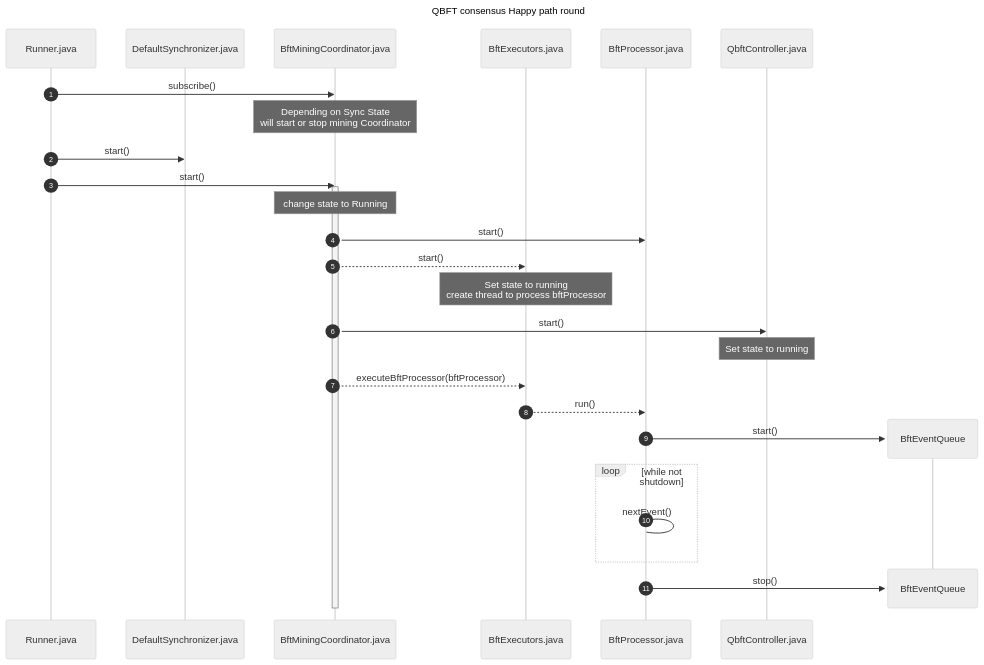
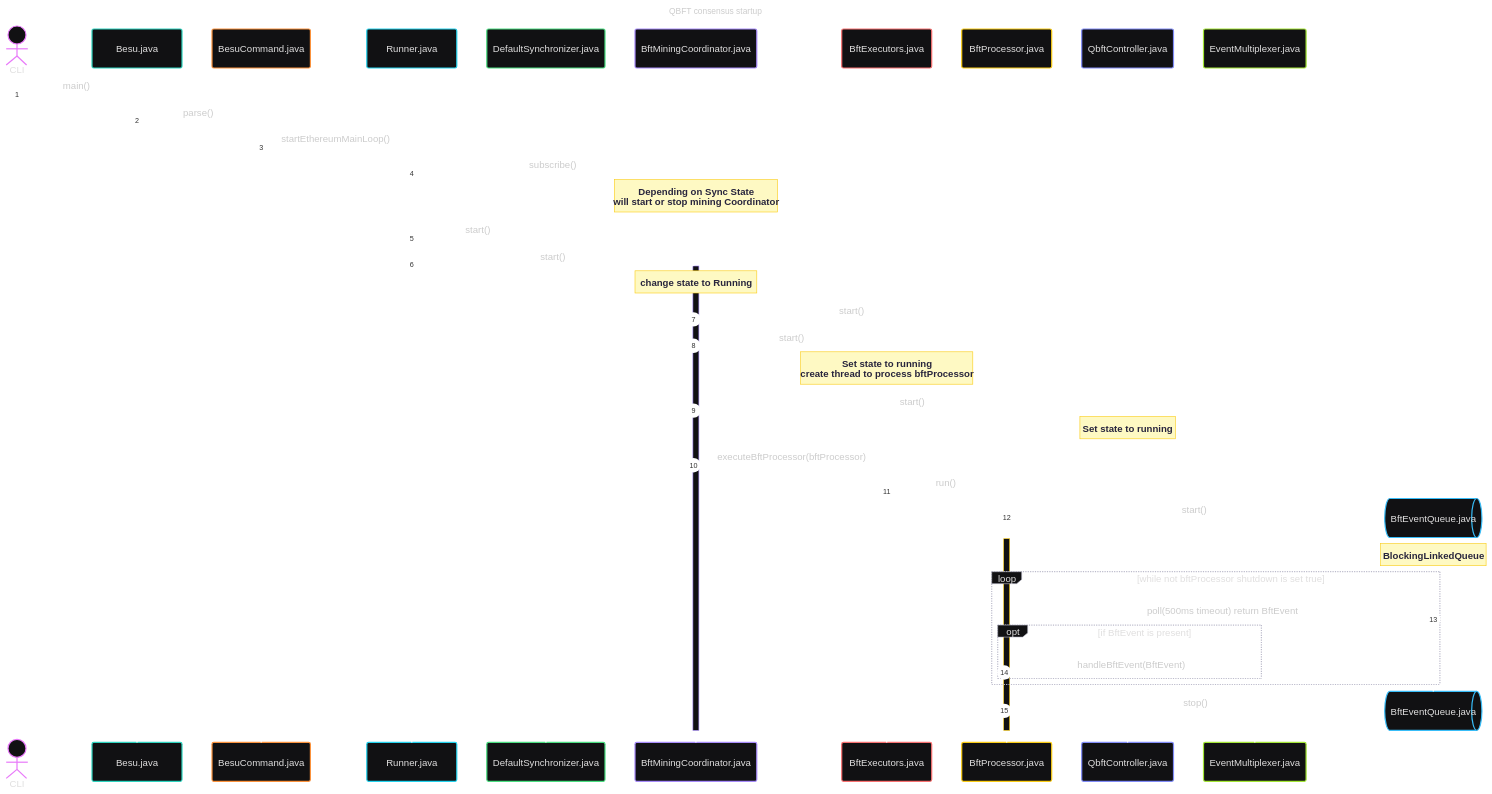
Before and after one commit to mimanshumaheshwari-zeeve/besu-flow-documentation: the diagram in diagrams/consensus/QBFT-001-startup-sequence.mmd, drawn with Mermaid. The commit also changed 2 other files, not shown here.

Commit message:
Complete startup qbft consensus

```diff
--- a/diagrams/consensus/QBFT-001-startup-sequence.mmd
+++ b/diagrams/consensus/QBFT-001-startup-sequence.mmd
@@ -1,46 +1,54 @@
 ---
-title: QBFT consensus Happy path round
+title: QBFT consensus startup
 config:
   htmlLabels: false
 
-  theme: neutral
-  look: handDrawn
+  theme: redux-dark-color
 
 ---
-%%{init: { }%%
-
 sequenceDiagram
   autonumber
+  actor cli as CLI
+  participant Besu as Besu.java
+  participant BesuCommand as BesuCommand.java
   participant Runner as Runner.java
   participant DefaultSynchronizer as DefaultSynchronizer.java
   participant BftMiningCoordinator as BftMiningCoordinator.java
   participant BftExecutors as BftExecutors.java
   participant BftProcessor as BftProcessor.java
   participant QbftController as QbftController.java
   %% participant BftEventHandler as BftEventHandler.java %% QbftController is the implementation for this
-  %% participant EventMultiplexer as EventMultiplexer.java %% will eventually call QbftController
+  participant EventMultiplexer as EventMultiplexer.java
 
-
+  cli ->> Besu: main()
+  Besu ->> BesuCommand : parse()
+  BesuCommand ->>Runner: startEthereumMainLoop()
   Runner ->> BftMiningCoordinator: subscribe()
   Note over BftMiningCoordinator: Depending on Sync State <br/> will start or stop mining Coordinator
   Runner ->> DefaultSynchronizer: start()
   Runner ->> BftMiningCoordinator: start()
   activate BftMiningCoordinator
   Note over BftMiningCoordinator: change state to Running
   BftMiningCoordinator ->>BftProcessor: start()
   BftMiningCoordinator -->>BftExecutors: start()
   Note over BftExecutors: Set state to running <br/> create thread to process bftProcessor
   BftMiningCoordinator ->>QbftController: start()
   Note over QbftController: Set state to running
   BftMiningCoordinator -->>BftExecutors: executeBftProcessor(bftProcessor)
   BftExecutors -->>BftProcessor: run()
 
-  create participant BftEventQueue
+  create participant BftEventQueue@{ type : queue } as BftEventQueue.java
   BftProcessor ->> BftEventQueue: start()
-  loop while not shutdown
-    BftProcessor ->BftProcessor: nextEvent()
+  activate BftProcessor
+  Note over BftEventQueue: BlockingLinkedQueue
+  loop while not bftProcessor shutdown is set true
+    BftEventQueue ->> BftProcessor: poll(500ms timeout) return BftEvent
+    opt if BftEvent is present 
+      BftProcessor ->> EventMultiplexer: handleBftEvent(BftEvent)
+    end
   end
   destroy BftEventQueue
   BftProcessor ->> BftEventQueue: stop()
+  deactivate BftProcessor
 
   deactivate BftMiningCoordinator
```
